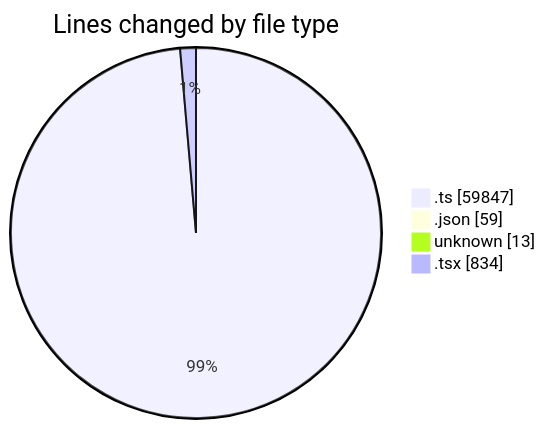
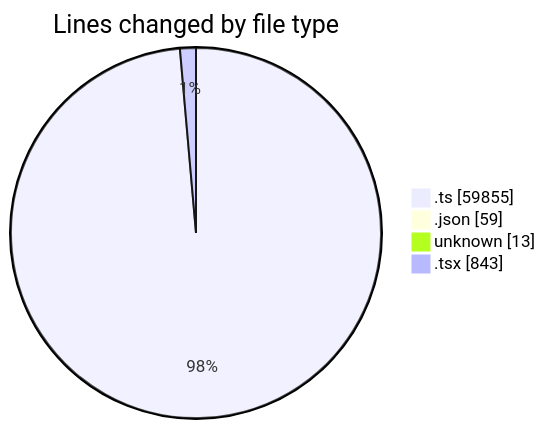
Before and after one commit to momahboobian/code-tracking: the first of 2 diagrams in 2025-09-09/cda/README.md, drawn with Mermaid. The commit also changed other lines of this file and 1 other file, not shown here.

````diff
--- a/2025-09-09/cda/README.md
+++ b/2025-09-09/cda/README.md
@@ -121,8 +121,8 @@
 ```mermaid
 pie showData
 title Lines changed by file type
-".ts" : 59847
+".ts" : 59855
 ".json" : 59
 "unknown" : 13
-".tsx" : 834
+".tsx" : 843
 ```
````
